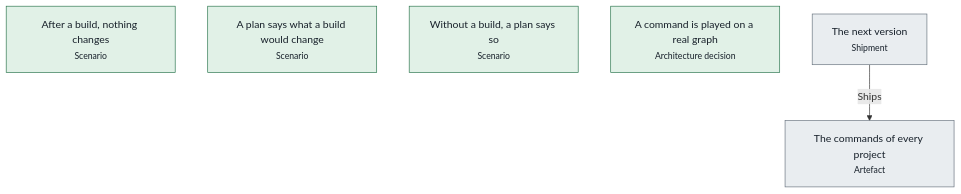
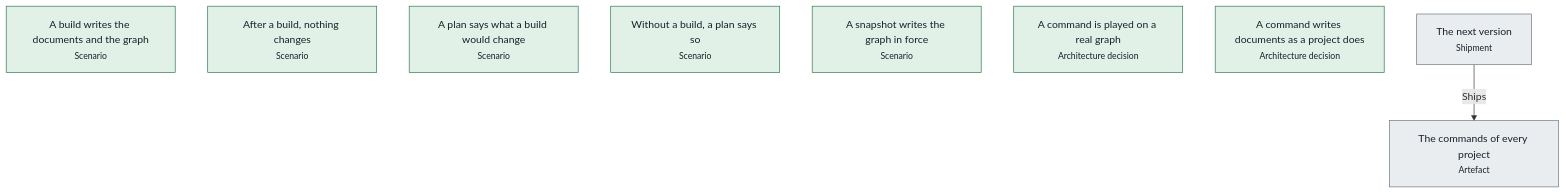
The first of 2 diagrams in libs/commands/docs/pipelines.md (advancedcognitivesystems-ai/trame), drawn with Mermaid before and after one commit. The commit also changed other lines of this file and 295 other files, not shown here.

First line of the commit message:
Generation 133: a component offered to other projects is not the project's command

````diff
--- a/libs/commands/docs/pipelines.md
+++ b/libs/commands/docs/pipelines.md
@@ -15,15 +15,18 @@
 ```mermaid
 flowchart TB
   n0["The commands of every project<br/><small>Artefact</small>"]:::unknown
-  n1["After a build, nothing changes<br/><small>Scenario</small>"]:::held
-  n2["A plan says what a build would change<br/><small>Scenario</small>"]:::held
-  n3["Without a build, a plan says so<br/><small>Scenario</small>"]:::held
-  n4["A command is played on a real graph<br/><small>Architecture decision</small>"]:::held
-  n5["The next version<br/><small>Shipment</small>"]:::unknown
-  n5 -->|Ships| n0
+  n1["A build writes the documents and the graph<br/><small>Scenario</small>"]:::held
+  n2["After a build, nothing changes<br/><small>Scenario</small>"]:::held
+  n3["A plan says what a build would change<br/><small>Scenario</small>"]:::held
+  n4["Without a build, a plan says so<br/><small>Scenario</small>"]:::held
+  n5["A snapshot writes the graph in force<br/><small>Scenario</small>"]:::held
+  n6["A command is played on a real graph<br/><small>Architecture decision</small>"]:::held
+  n7["A command writes documents as a project does<br/><small>Architecture decision</small>"]:::held
+  n8["The next version<br/><small>Shipment</small>"]:::unknown
+  n8 -->|Ships| n0
   classDef held fill:#e1f1e7,stroke:#26734a,color:#17202a
   classDef blocked fill:#fbf0d9,stroke:#9a6200,color:#17202a
   classDef violated fill:#f9e3e1,stroke:#ad2a22,color:#17202a
   classDef unknown fill:#e9edf0,stroke:#65707c,color:#17202a
   classDef neutral fill:#ffffff,stroke:#5a6672,color:#17202a
 ```
````
